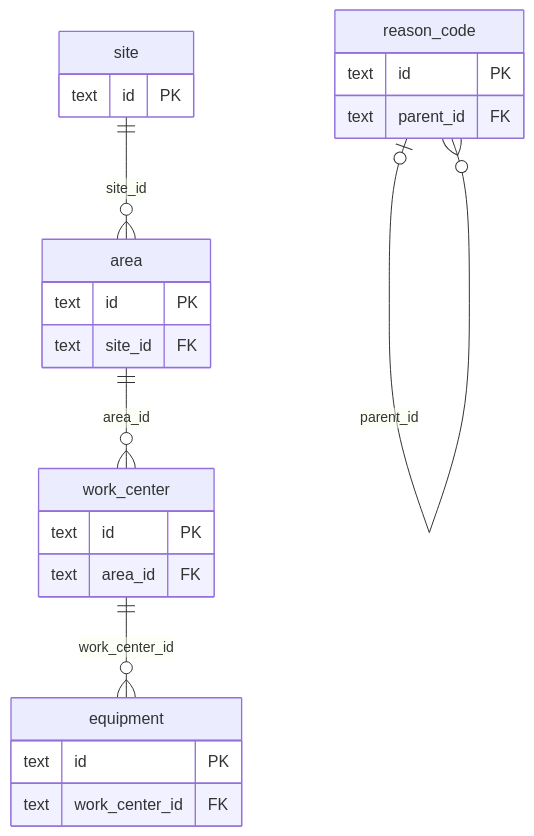
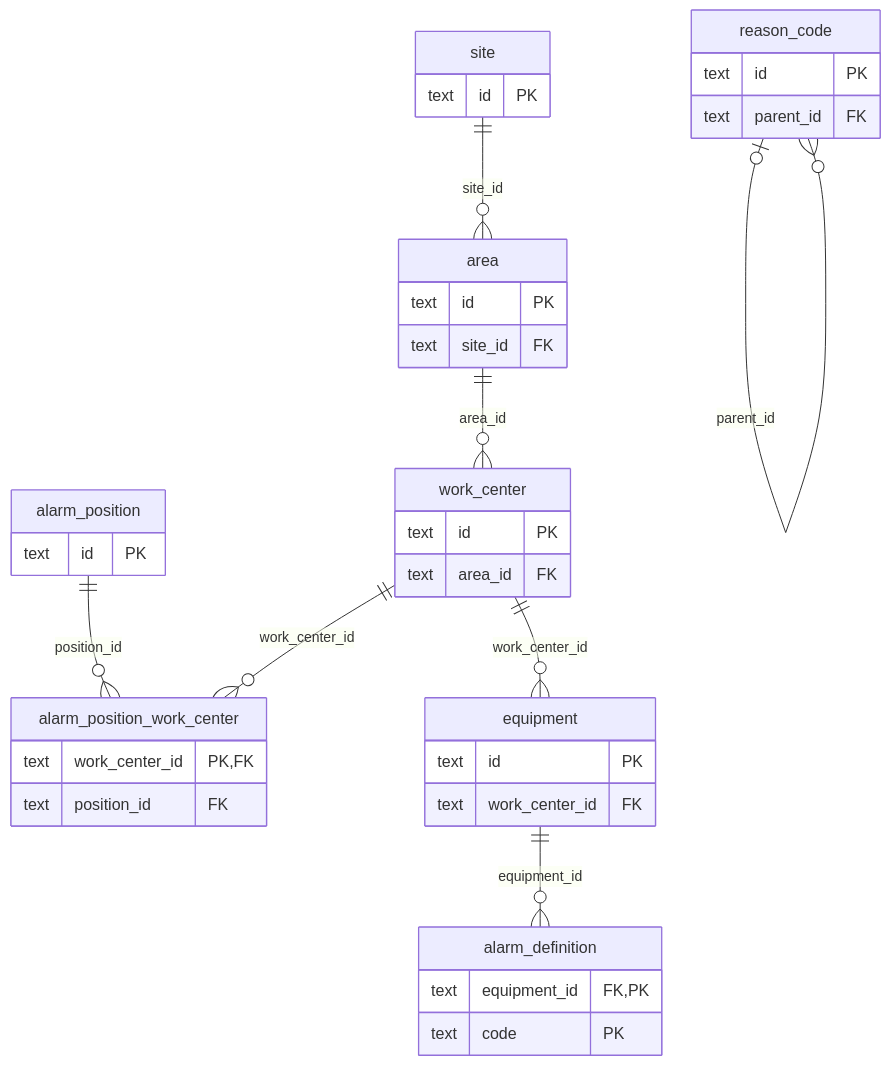
Before and after one commit to kubilayture/shopfloor-twin: the first of 2 diagrams in docs/data-model.md, drawn with Mermaid. The commit also changed other lines of this file and 41 other files, not shown here.

````diff
--- a/docs/data-model.md
+++ b/docs/data-model.md
@@ -63,26 +68,40 @@
 ```mermaid
 erDiagram
+  alarm_definition {
+    text equipment_id FK, PK
+    text code PK
+  }
+  alarm_position {
+    text id PK
+  }
+  alarm_position_work_center {
+    text work_center_id PK, FK
+    text position_id FK
+  }
   area {
     text id PK
     text site_id FK
   }
   equipment {
     text id PK
     text work_center_id FK
   }
   reason_code {
     text id PK
     text parent_id FK
   }
   site {
     text id PK
   }
   work_center {
     text id PK
     text area_id FK
   }
+  equipment ||--o{ alarm_definition : "equipment_id"
+  alarm_position ||--o{ alarm_position_work_center : "position_id"
+  work_center ||--o{ alarm_position_work_center : "work_center_id"
   site ||--o{ area : "site_id"
   work_center ||--o{ equipment : "work_center_id"
   reason_code |o--o{ reason_code : "parent_id"
   area ||--o{ work_center : "area_id"
 ```
````
